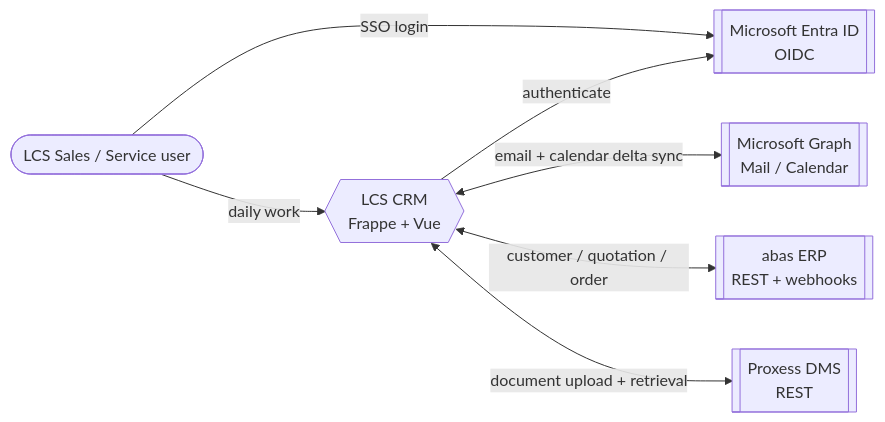
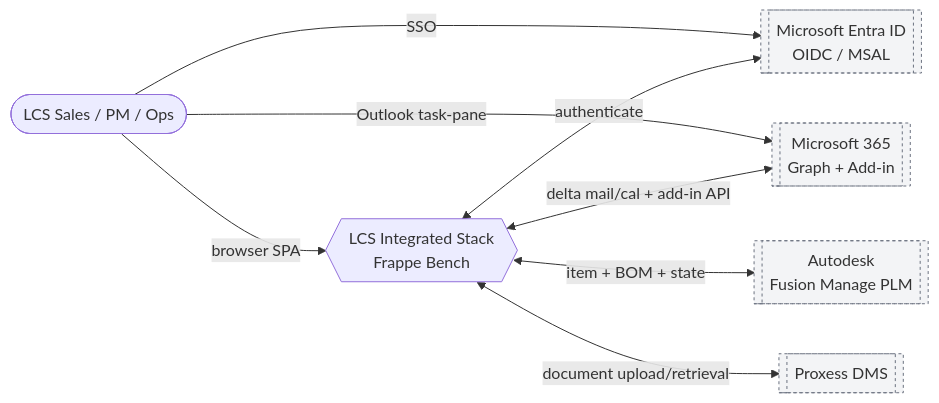
The first of 5 diagrams in docs/architecture/overview.md (dpb97/crm), drawn with Mermaid before and after one commit. The commit also changed other lines of this file and 6 other files, not shown here.

First line of the commit message:
docs+ci: architecture diagrams for full stack + structural CI validation

````diff
--- a/docs/architecture/overview.md
+++ b/docs/architecture/overview.md
@@ -11,16 +22,22 @@
 ```mermaid
 flowchart LR
-    user([LCS Sales / Service user])
-    entra[[Microsoft Entra ID<br/>OIDC]]
-    outlook[[Microsoft Graph<br/>Mail / Calendar]]
-    abas[[abas ERP<br/>REST + webhooks]]
-    proxess[[Proxess DMS<br/>REST]]
-    crm{{LCS CRM<br/>Frappe + Vue}}
+    user([LCS Sales / PM / Ops])
+    entra[[Microsoft Entra ID<br/>OIDC / MSAL]]
+    outlook[[Microsoft 365<br/>Graph + Add-in]]
+    fusion[[Autodesk<br/>Fusion Manage PLM]]
+    proxess[[Proxess DMS]]
 
-    user -->|SSO login| entra
-    user -->|daily work| crm
-    crm -->|authenticate| entra
-    crm <-->|email + calendar delta sync| outlook
-    crm <-->|customer / quotation / order| abas
-    crm <-->|document upload + retrieval| proxess
+    crm{{LCS Integrated Stack<br/>Frappe Bench}}
+
+    user -->|SSO| entra
+    user -->|browser SPA| crm
+    user -->|Outlook task-pane| outlook
+
+    crm <-->|authenticate| entra
+    crm <-->|delta mail/cal + add-in API| outlook
+    crm <-->|item + BOM + state| fusion
+    crm <-->|document upload/retrieval| proxess
+
+    classDef external fill:#f3f4f6,stroke:#6b7280,stroke-dasharray: 3 3;
+    class entra,outlook,fusion,proxess external;
 ```
````
